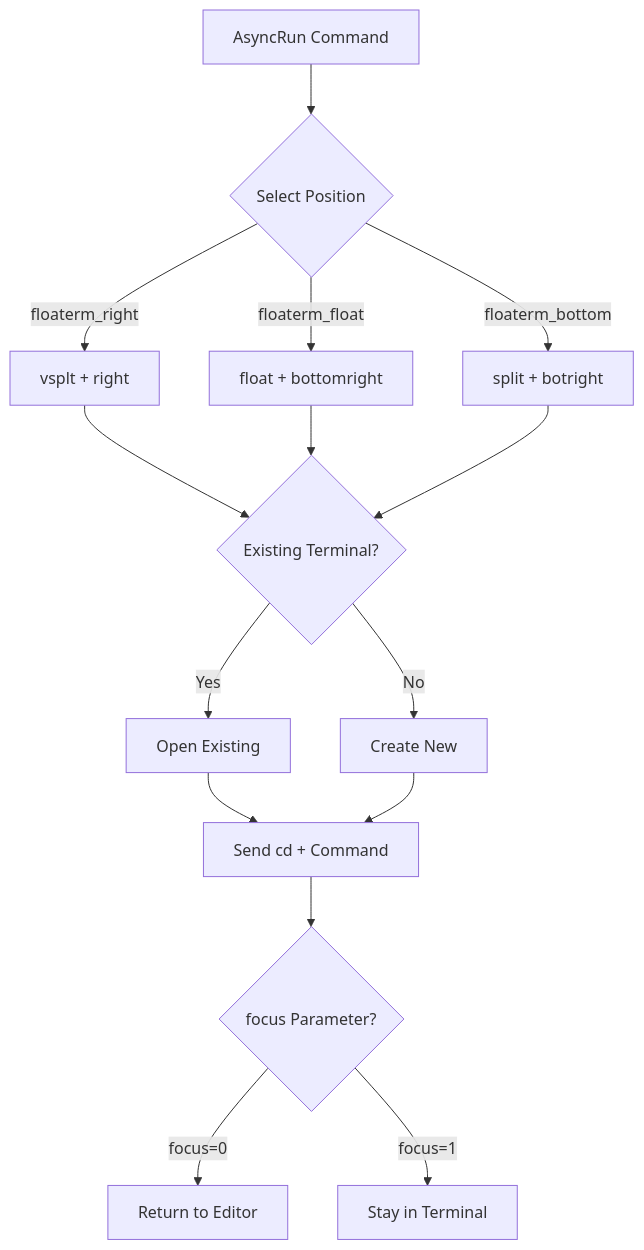
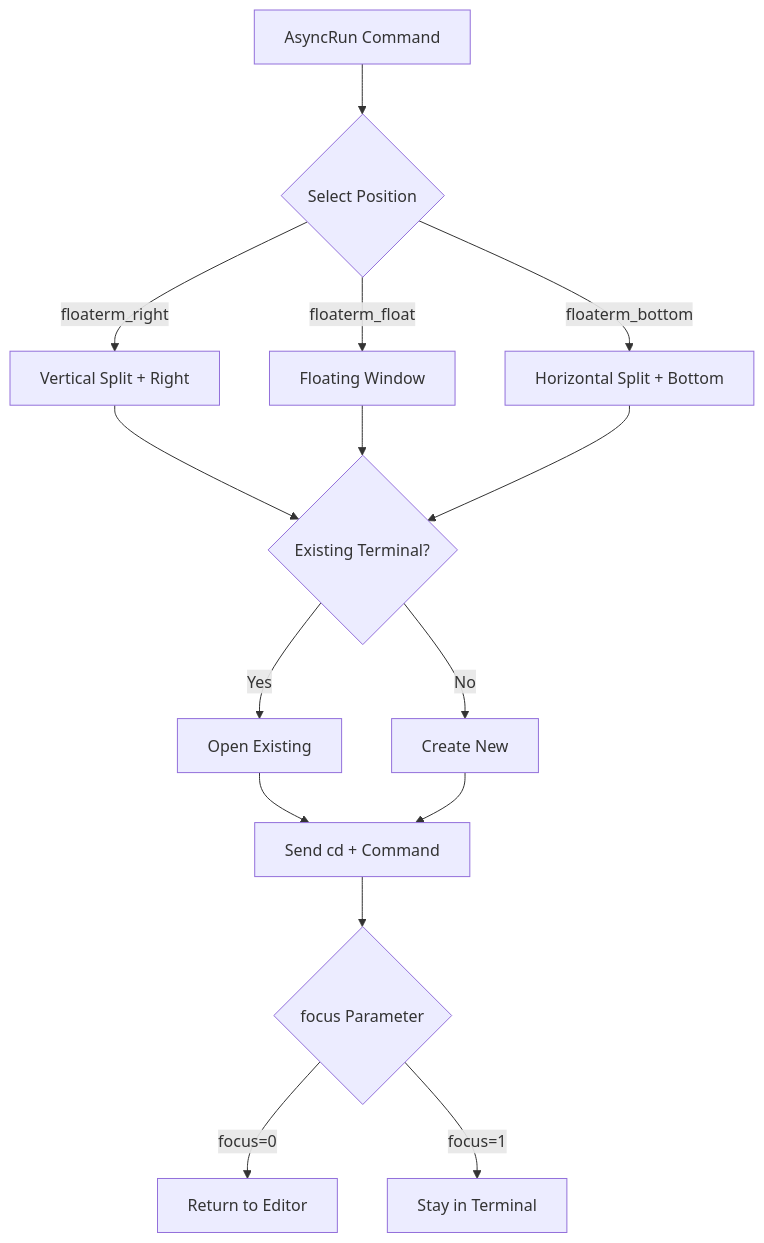
One commit to leoatchina/vim-floaterm-enhance changed the fifth of 5 diagrams in README.md. Above: the diagram before and after it, drawn with Mermaid. The commit also changed other lines of this file and 1 other file, not shown here.

````diff
--- a/README.md
+++ b/README.md
@@ -84,17 +195,17 @@
 ```mermaid
 graph TB
     AsyncRun[AsyncRun Command] --> SelectType{Select Position}
-    SelectType -->|floaterm_right| Right[vsplt + right]
-    SelectType -->|floaterm_float| Float[float + bottomright]
-    SelectType -->|floaterm_bottom| Bottom[split + botright]
+    SelectType -->|floaterm_right| Right[Vertical Split + Right]
+    SelectType -->|floaterm_float| Float[Floating Window]
+    SelectType -->|floaterm_bottom| Bottom[Horizontal Split + Bottom]
     Right --> FindExist{Existing Terminal?}
     Float --> FindExist
     Bottom --> FindExist
     FindExist -->|Yes| OpenExist[Open Existing]
     FindExist -->|No| CreateNew[Create New]
     OpenExist --> SendCmd[Send cd + Command]
     CreateNew --> SendCmd
-    SendCmd --> FocusCheck{focus Parameter?}
+    SendCmd --> FocusCheck{focus Parameter}
     FocusCheck -->|focus=0| BackEditor[Return to Editor]
     FocusCheck -->|focus=1| InTerm[Stay in Terminal]
 ```
````
